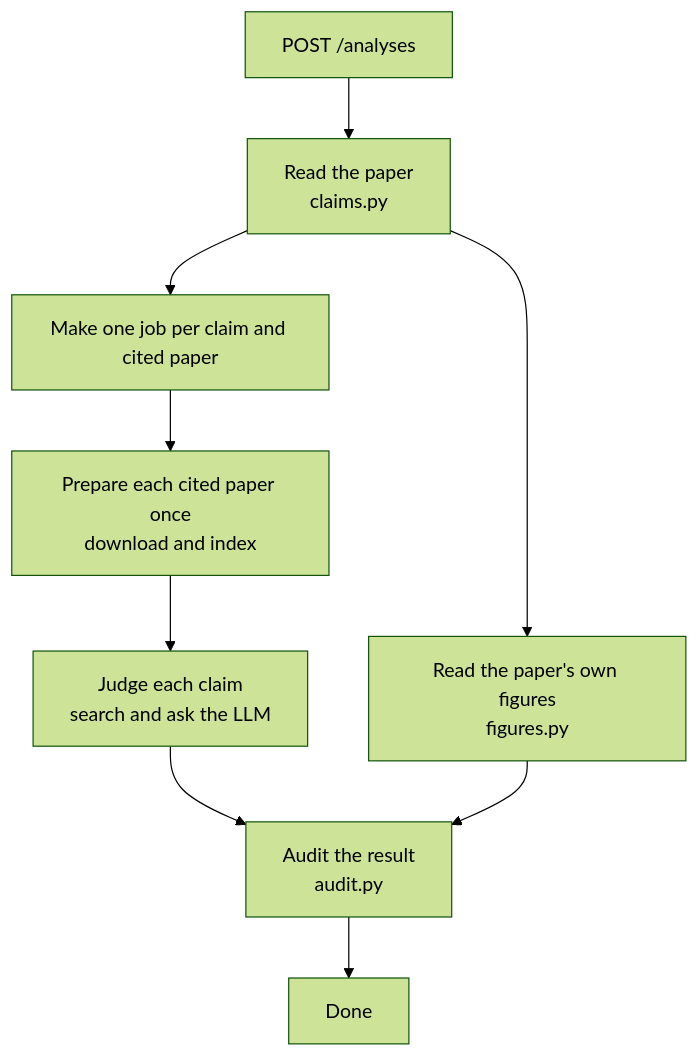
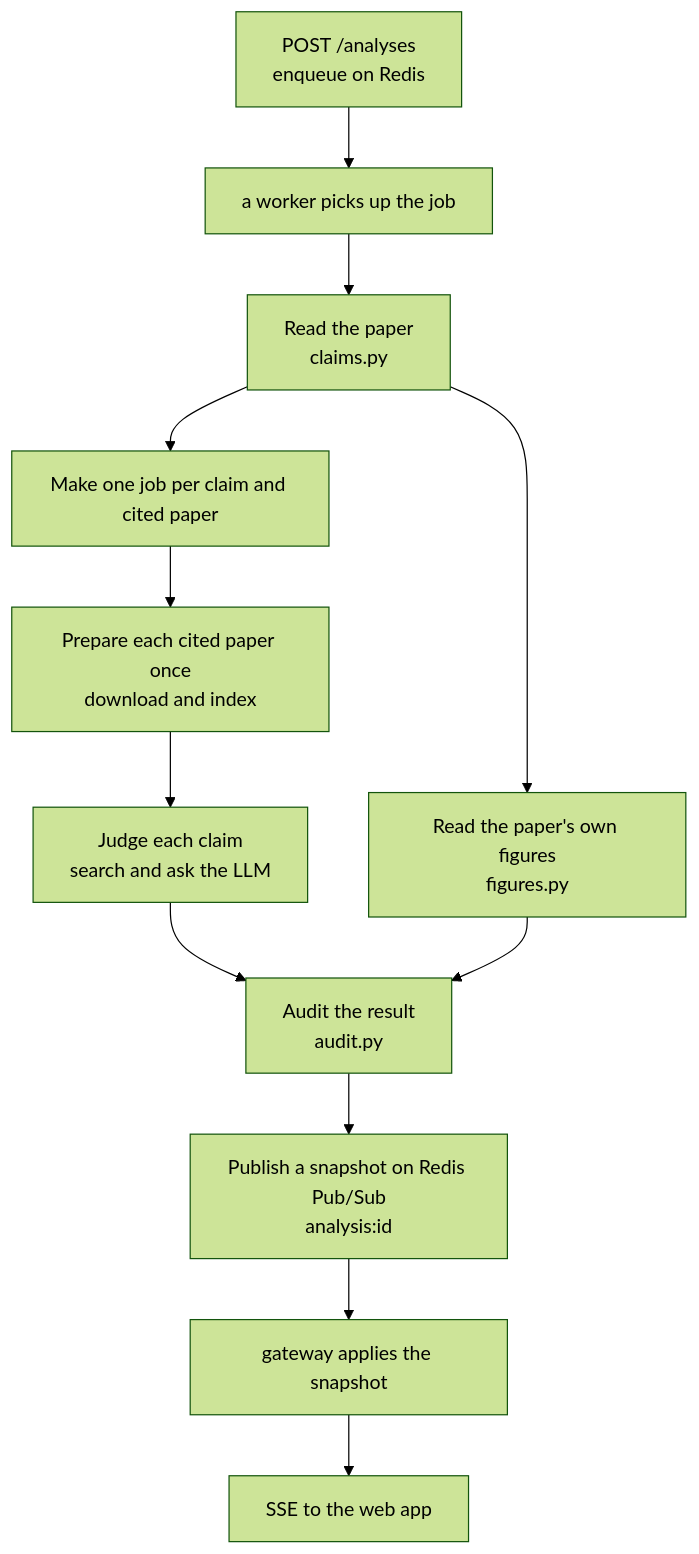
Before and after one commit to ZenithGeeks/SecretSource-prototype: the second of 5 diagrams in ARCHITECTURE.md, drawn with Mermaid (forest theme). The commit also changed other lines of this file and 2 other files, not shown here.

First line of the commit message:
docs(SCRUM-167): describe the queue, worker, and monitoring in production

````diff
--- a/ARCHITECTURE.md
+++ b/ARCHITECTURE.md
@@ -46,11 +55,14 @@
 ```mermaid
 flowchart TD
-    A["POST /analyses"] --> B["Read the paper<br/>claims.py"]
+    A["POST /analyses<br/>enqueue on Redis"] --> W["a worker picks up the job"]
+    W --> B["Read the paper<br/>claims.py"]
     B --> C["Make one job per claim and cited paper"]
     C --> D["Prepare each cited paper once<br/>download and index"]
     D --> E["Judge each claim<br/>search and ask the LLM"]
     B --> P["Read the paper's own figures<br/>figures.py"]
     E --> F["Audit the result<br/>audit.py"]
     P --> F
-    F --> G["Done"]
+    F --> H["Publish a snapshot on Redis Pub/Sub<br/>analysis:id"]
+    H --> I["gateway applies the snapshot"]
+    I --> J["SSE to the web app"]
 ```
````
